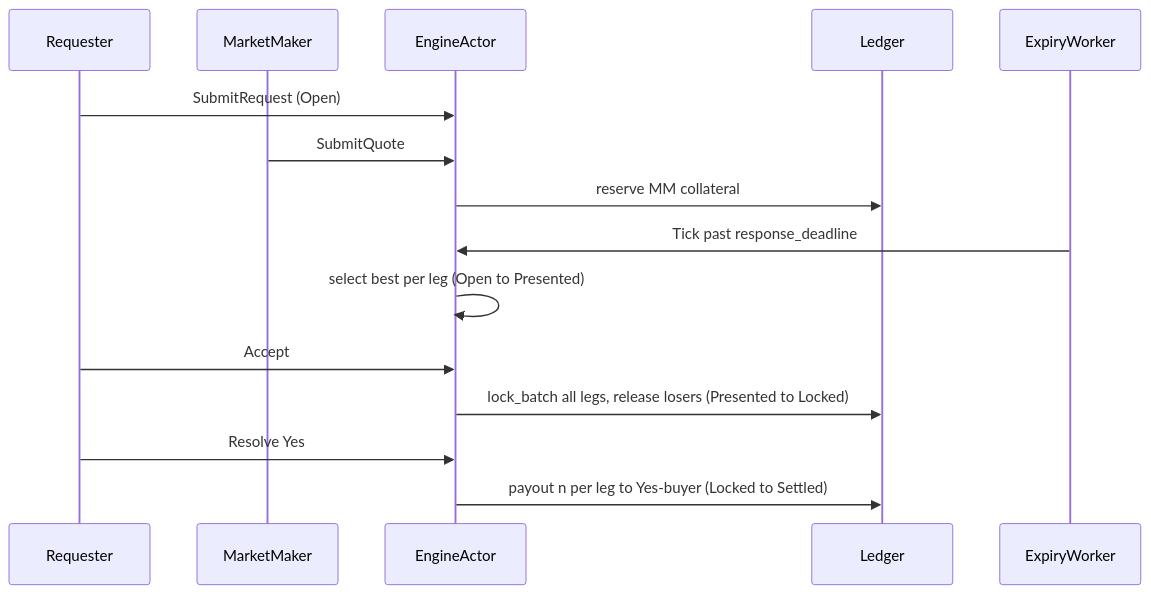
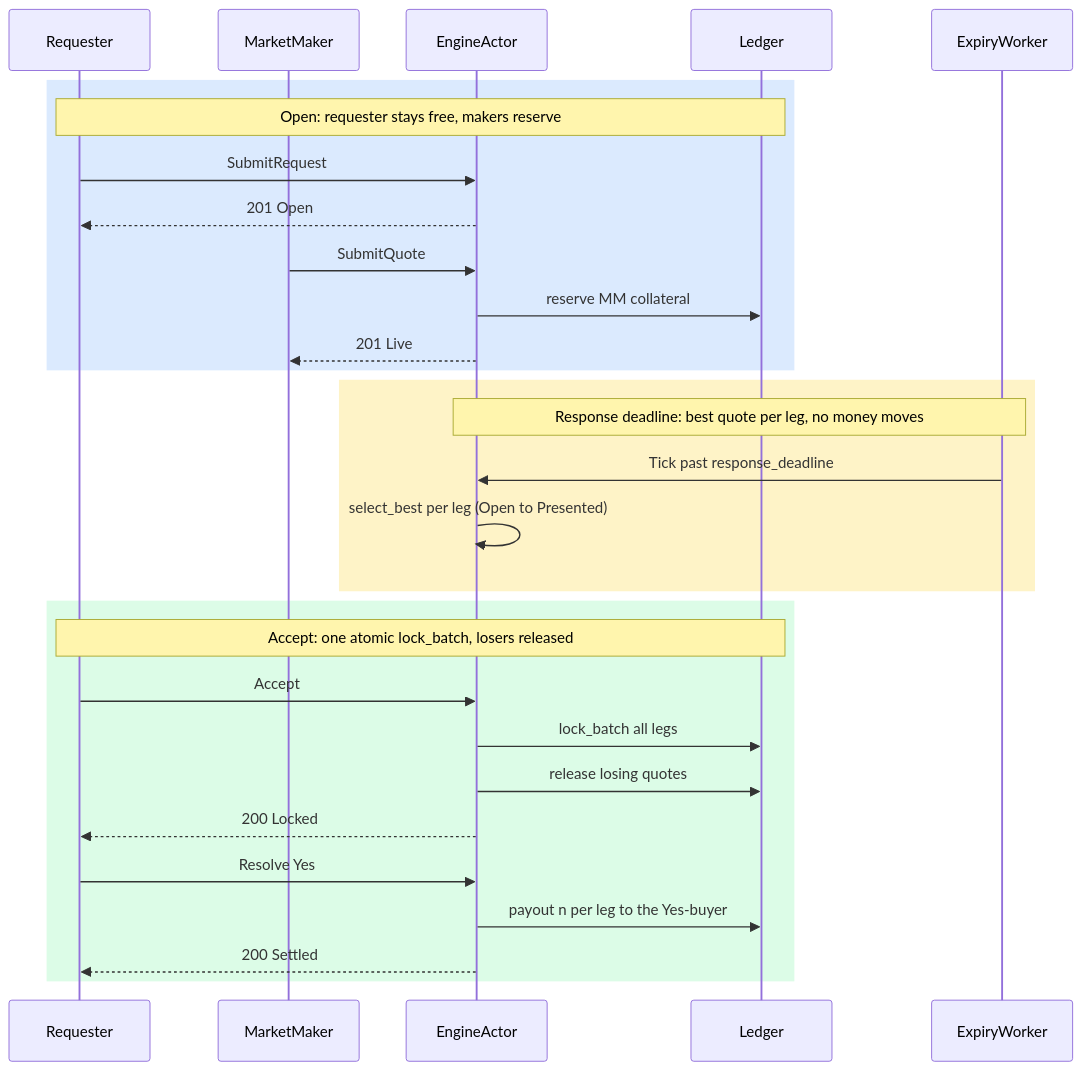
The second of 5 diagrams in docs/ARCHITECTURE.md (SwineCoder101/rfq-matching-settlement-engine), drawn with Mermaid before and after one commit. The commit also changed other lines of this file and 13 other files, not shown here.

````diff
--- a/docs/ARCHITECTURE.md
+++ b/docs/ARCHITECTURE.md
@@ -71,18 +58,32 @@
 ```mermaid
 sequenceDiagram
     participant Req as Requester
     participant MM as MarketMaker
     participant Eng as EngineActor
     participant Led as Ledger
     participant Tick as ExpiryWorker
 
-    Req->>Eng: SubmitRequest (Open)
-    MM->>Eng: SubmitQuote
-    Eng->>Led: reserve MM collateral
-    Tick->>Eng: Tick past response_deadline
-    Eng->>Eng: select best per leg (Open to Presented)
-    Req->>Eng: Accept
-    Eng->>Led: lock_batch all legs, release losers (Presented to Locked)
-    Req->>Eng: Resolve Yes
-    Eng->>Led: payout n per leg to Yes-buyer (Locked to Settled)
+    rect rgb(219, 234, 254)
+        Note over Req,Led: Open: requester stays free, makers reserve
+        Req->>Eng: SubmitRequest
+        Eng-->>Req: 201 Open
+        MM->>Eng: SubmitQuote
+        Eng->>Led: reserve MM collateral
+        Eng-->>MM: 201 Live
+    end
+    rect rgb(254, 243, 199)
+        Note over Eng,Tick: Response deadline: best quote per leg, no money moves
+        Tick->>Eng: Tick past response_deadline
+        Eng->>Eng: select_best per leg (Open to Presented)
+    end
+    rect rgb(220, 252, 231)
+        Note over Req,Led: Accept: one atomic lock_batch, losers released
+        Req->>Eng: Accept
+        Eng->>Led: lock_batch all legs
+        Eng->>Led: release losing quotes
+        Eng-->>Req: 200 Locked
+        Req->>Eng: Resolve Yes
+        Eng->>Led: payout n per leg to the Yes-buyer
+        Eng-->>Req: 200 Settled
+    end
 ```
````
